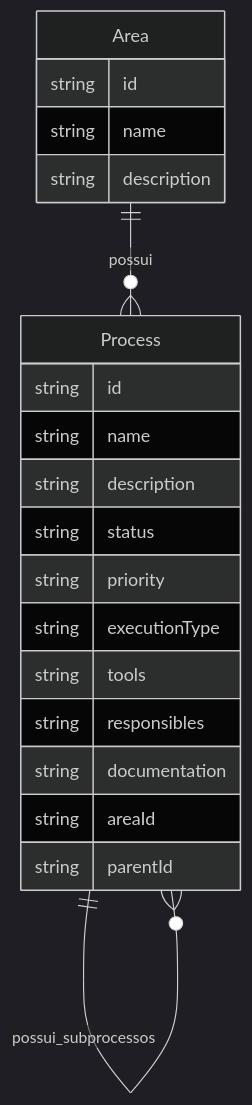
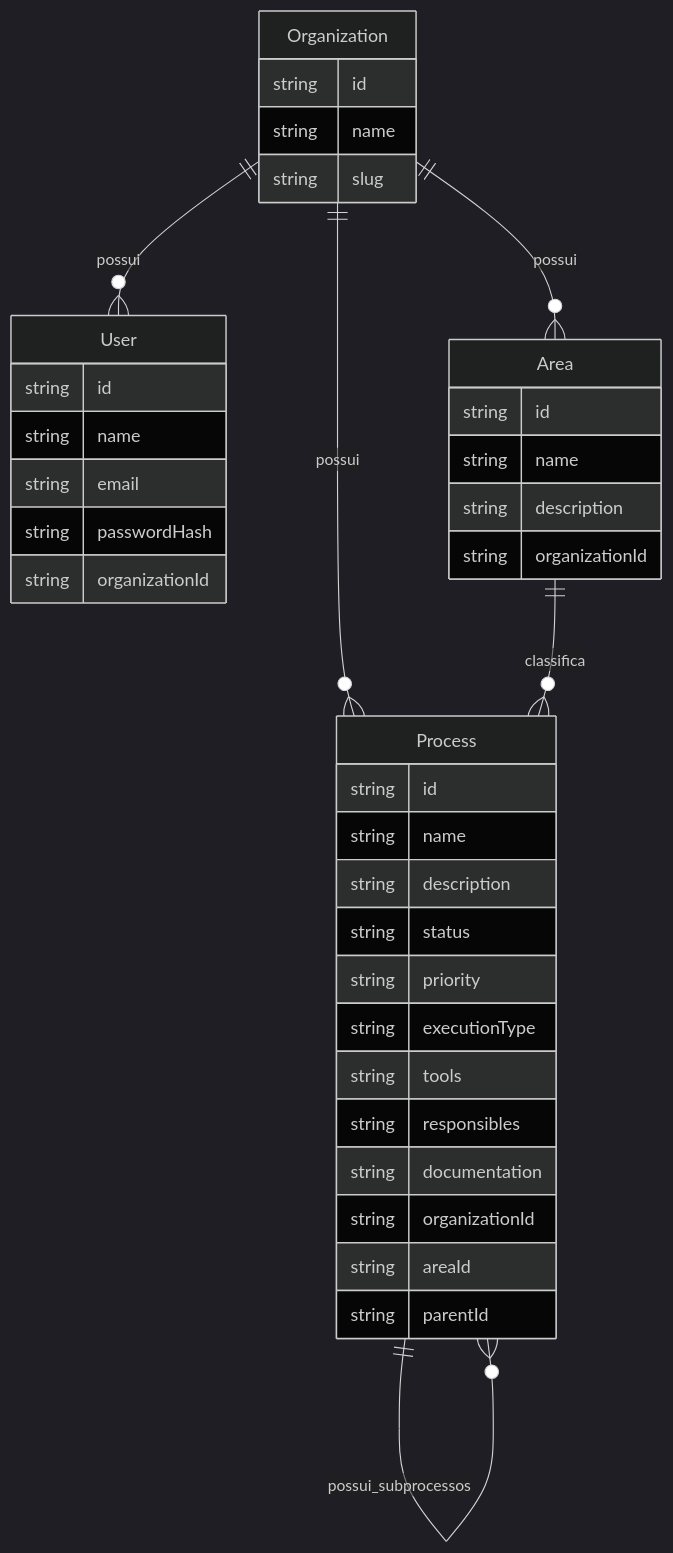
One commit to RenzoFernandes/process-hub changed the second of 2 diagrams in README.md. Above: the diagram before and after it, drawn with Mermaid (dark theme). The commit also changed other lines of this file and 25 other files, not shown here.

Commit message:
feat: implement multi-tenant workspace architecture

````diff
--- a/README.md
+++ b/README.md
@@ -99,25 +159,44 @@
 ```mermaid
 erDiagram
-  Area ||--o{ Process : possui
+  Organization ||--o{ User : possui
+  Organization ||--o{ Area : possui
+  Organization ||--o{ Process : possui
+  Area ||--o{ Process : classifica
   Process ||--o{ Process : possui_subprocessos
+
+  Organization {
+    string id
+    string name
+    string slug
+  }
+
+  User {
+    string id
+    string name
+    string email
+    string passwordHash
+    string organizationId
+  }
 
   Area {
     string id
     string name
     string description
+    string organizationId
   }
 
   Process {
     string id
     string name
     string description
     string status
     string priority
     string executionType
     string tools
     string responsibles
     string documentation
+    string organizationId
     string areaId
     string parentId
   }
 ```
````
